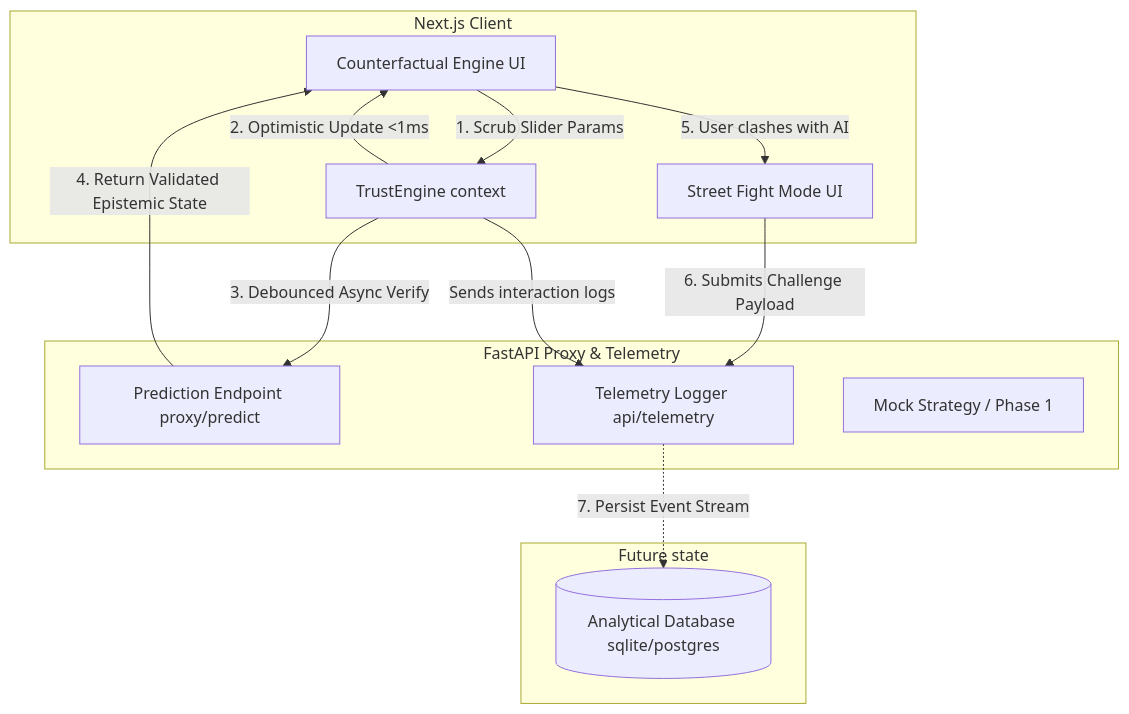
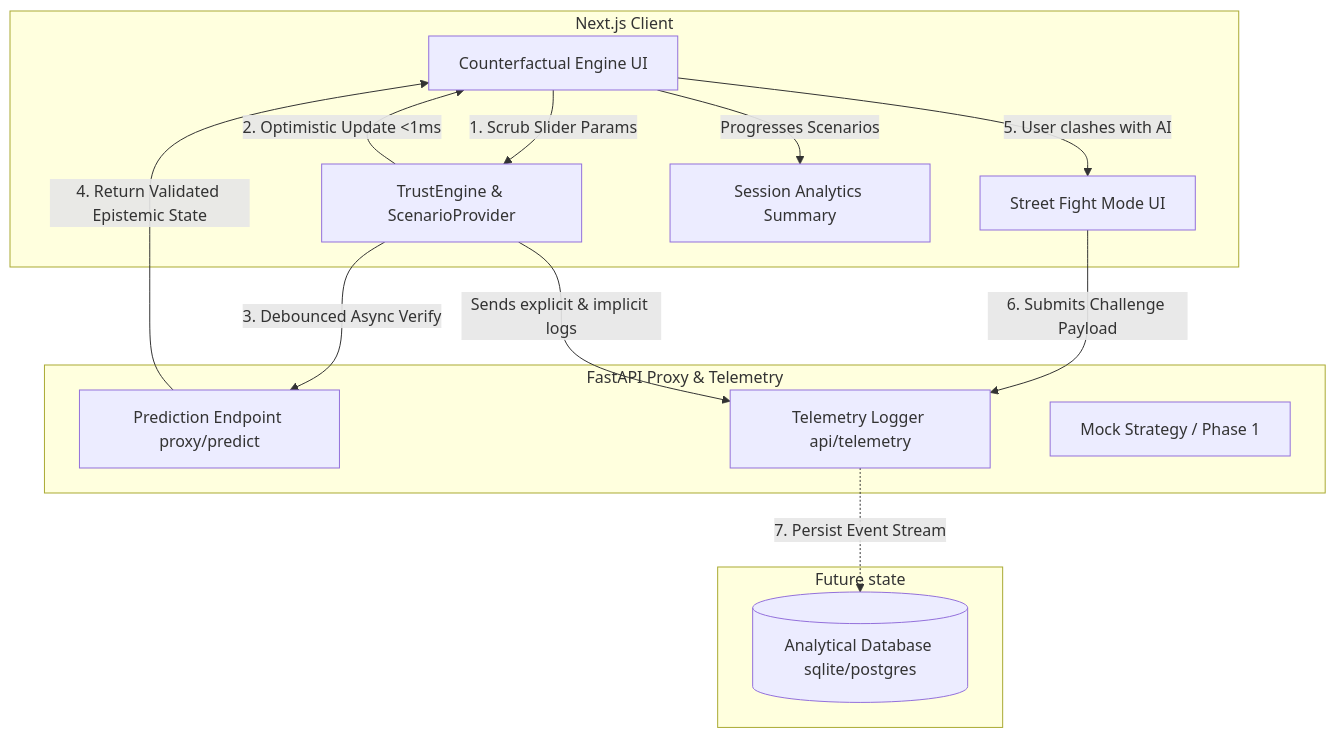
The first of 2 diagrams in README.md (AmishhYadav/TrustLab), drawn with Mermaid before and after one commit. The commit also changed other lines of this file and 10 other files, not shown here.

Commit message:
feat: implement experiment mode with progress tracking and session summary UI

````diff
--- a/README.md
+++ b/README.md
@@ -29,29 +31,31 @@
 ```mermaid
 graph TD
     subgraph Frontend [Next.js Client]
         UI[Counterfactual Engine UI]
-        TE[TrustEngine context]
+        TE[TrustEngine & ScenarioProvider]
         SF[Street Fight Mode UI]
+        DB[Session Analytics Summary]
     end
 
     subgraph Backend [FastAPI Proxy & Telemetry]
         DP[Prediction Endpoint proxy/predict]
         TL[Telemetry Logger api/telemetry]
         Mock[Mock Strategy / Phase 1]
     end
 
     subgraph Persistence layer [Future state]
-        DB[(Analytical Database sqlite/postgres)]
+        Data[(Analytical Database sqlite/postgres)]
     end
 
     UI -->|1. Scrub Slider Params| TE
     TE -->|2. Optimistic Update <1ms| UI
     TE -->|3. Debounced Async Verify| DP
     DP -->|4. Return Validated Epistemic State| UI
     
     UI -->|5. User clashes with AI| SF
     SF -->|6. Submits Challenge Payload| TL
-    TE -->|Sends interaction logs| TL
+    TE -->|Sends explicit & implicit logs| TL
+    UI -->|Progresses Scenarios| DB
     
-    TL -.->|7. Persist Event Stream| DB
+    TL -.->|7. Persist Event Stream| Data
 ```
````
